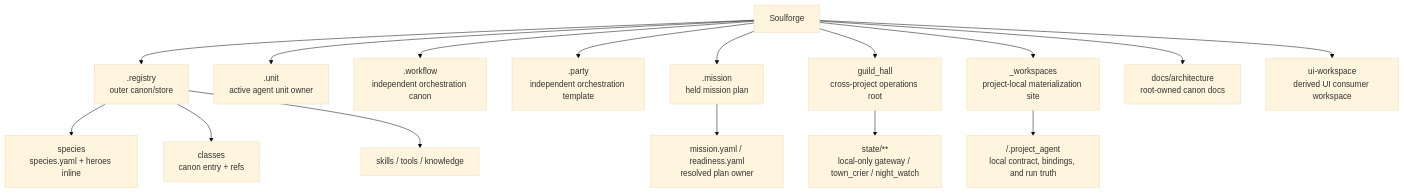
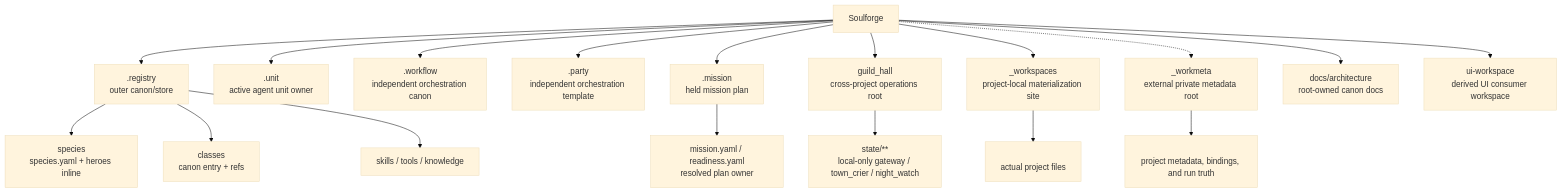
Before and after one commit to SungYongMOON/soulforge: the diagram in README.md, drawn with Mermaid (base theme). The commit also changed other lines of this file and 111 other files, not shown here.

Commit message:
workspace: _workmeta companion 루트로 metadata 계약 전환

````diff
--- a/README.md
+++ b/README.md
@@ -19,18 +19,20 @@
 ```mermaid
 flowchart TD
   S["Soulforge"] --> R[".registry<br/>outer canon/store"]
   R --> RS["species<br/>species.yaml + heroes inline"]
   R --> RC["classes<br/>canon entry + refs"]
   R --> RK["skills / tools / knowledge"]
   S --> U[".unit<br/>active agent unit owner"]
   S --> W[".workflow<br/>independent orchestration canon"]
-  S --> P[".party<br/>independent orchestration template"]
+  S --> PT[".party<br/>independent orchestration template"]
   S --> MI[".mission<br/>held mission plan"]
   S --> GH["guild_hall<br/>cross-project operations root"]
   S --> M["_workspaces<br/>project-local materialization site"]
+  S -.-> WM["_workmeta<br/>external private metadata root"]
   S --> D["docs/architecture<br/>root-owned canon docs"]
   S --> UI["ui-workspace<br/>derived UI consumer workspace"]
   MI --> MP["mission.yaml / readiness.yaml<br/>resolved plan owner"]
   GH --> GHS["state/**<br/>local-only gateway / town_crier / night_watch"]
-  M --> PA["<project_code>/.project_agent<br/>local contract, bindings, and run truth"]
+  M --> PR["<project_code><br/>actual project files"]
+  WM --> PA["<project_code><br/>project metadata, bindings, and run truth"]
 ```
````
